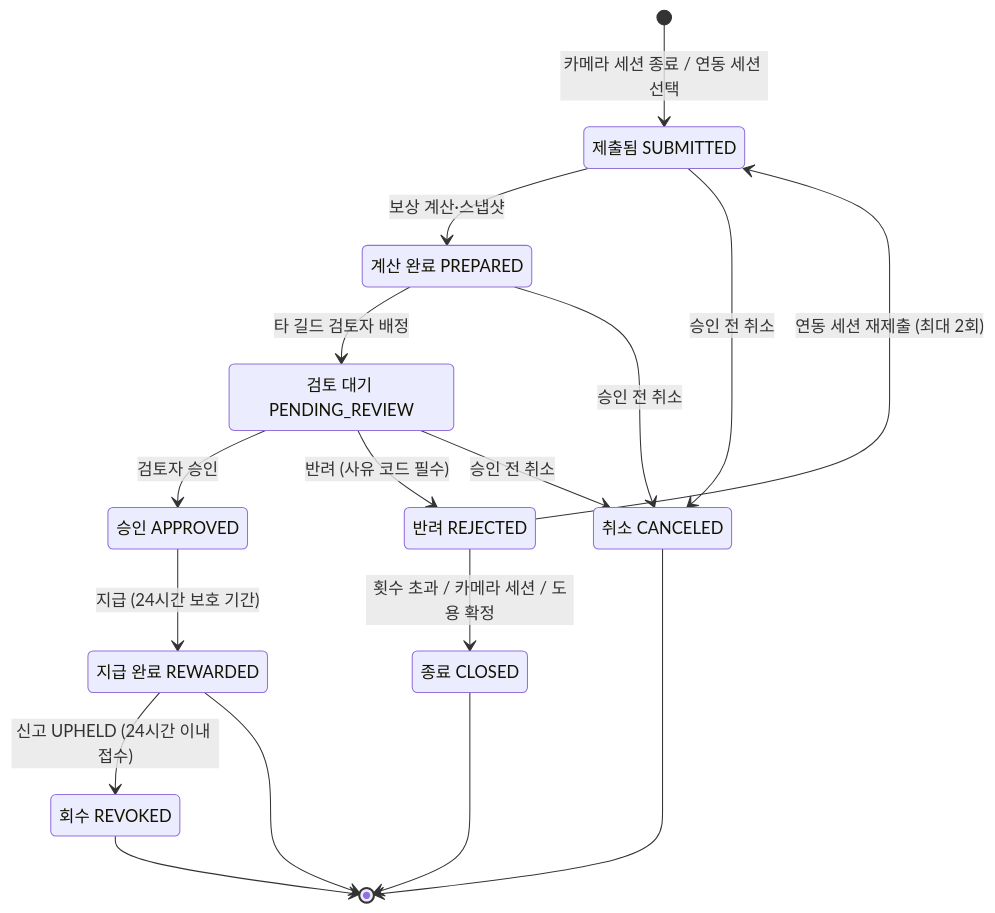
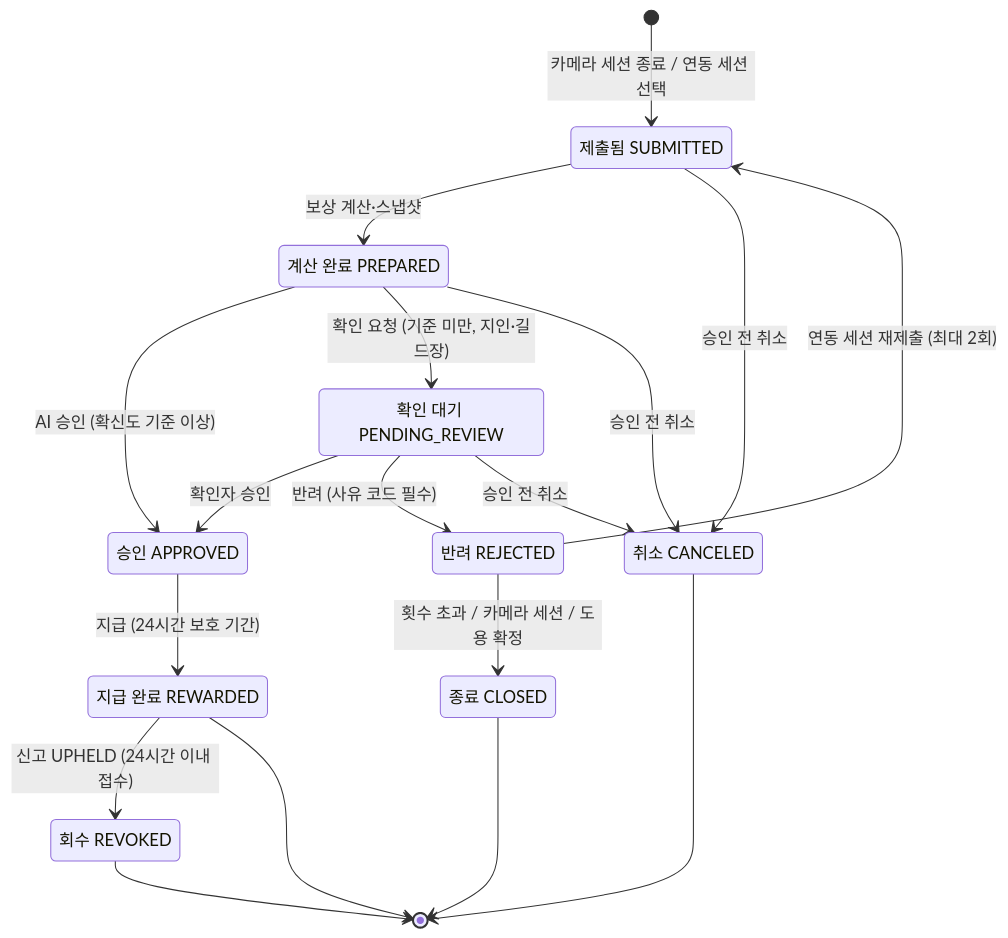
The diagram in docs/proposal/draft.md (AIServiceT2/HealthService_d), drawn with Mermaid before and after one commit. The commit also changed other lines of this file, not shown here.

````diff
--- a/docs/proposal/draft.md
+++ b/docs/proposal/draft.md
@@ -228,29 +241,30 @@
 ```mermaid
 stateDiagram-v2
     state "제출됨 SUBMITTED" as submitted
     state "계산 완료 PREPARED" as prepared
-    state "검토 대기 PENDING_REVIEW" as pending
+    state "확인 대기 PENDING_REVIEW" as pending
     state "승인 APPROVED" as approved
     state "지급 완료 REWARDED" as rewarded
     state "반려 REJECTED" as rejected
     state "종료 CLOSED" as closed
     state "취소 CANCELED" as canceled
     state "회수 REVOKED" as revoked
 
     [*] --> submitted : 카메라 세션 종료 / 연동 세션 선택
     submitted --> prepared : 보상 계산·스냅샷
-    prepared --> pending : 타 길드 검토자 배정
-    pending --> approved : 검토자 승인
+    prepared --> approved : AI 승인 (확신도 기준 이상)
+    prepared --> pending : 확인 요청 (기준 미만, 지인·길드장)
+    pending --> approved : 확인자 승인
     approved --> rewarded : 지급 (24시간 보호 기간)
     pending --> rejected : 반려 (사유 코드 필수)
     rejected --> submitted : 연동 세션 재제출 (최대 2회)
     rejected --> closed : 횟수 초과 / 카메라 세션 / 도용 확정
     submitted --> canceled : 승인 전 취소
     prepared --> canceled : 승인 전 취소
     pending --> canceled : 승인 전 취소
     rewarded --> revoked : 신고 UPHELD (24시간 이내 접수)
     rewarded --> [*]
     closed --> [*]
     canceled --> [*]
     revoked --> [*]
 ```
````
